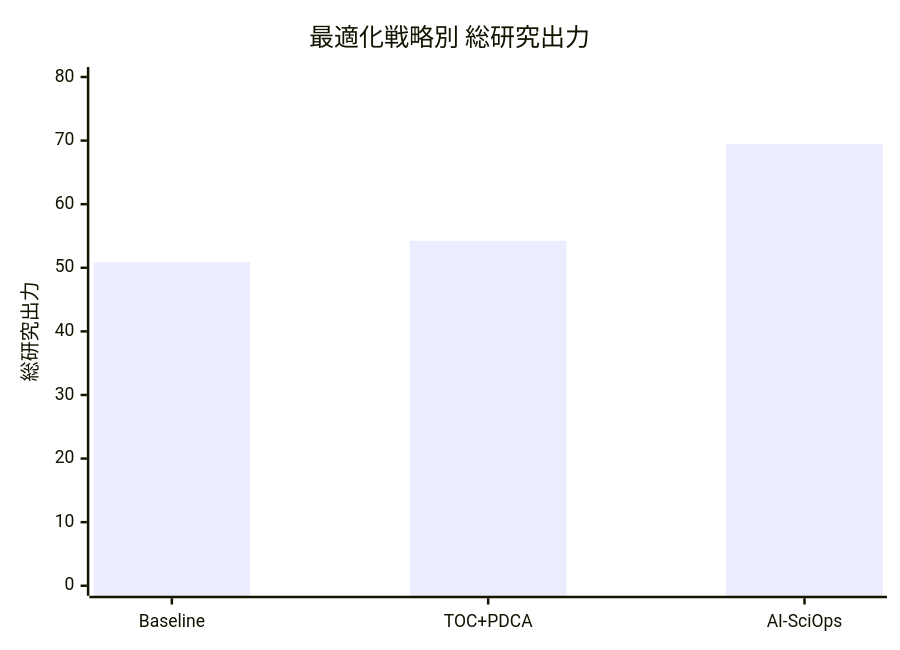
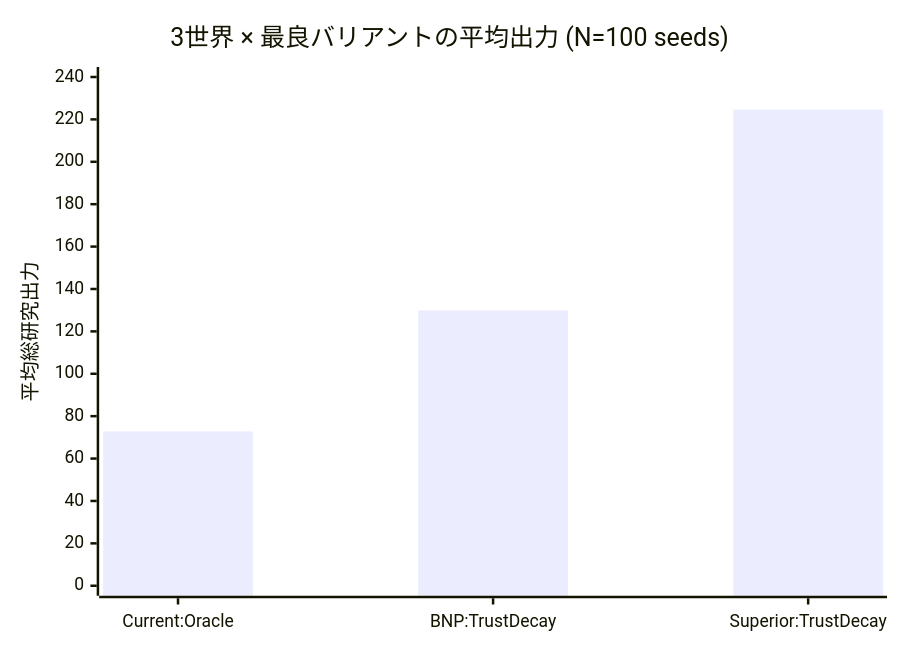
Before and after one commit to Taiyou/DeSciTokyo: the third of 4 diagrams in docs/wiki/Home.md, drawn with Mermaid. The commit also changed other lines of this file and 9 other files, not shown here.

First line of the commit message:
Enrich wiki: MC corrections, cross-references, updated architecture

````diff
--- a/docs/wiki/Home.md
+++ b/docs/wiki/Home.md
@@ -57,7 +103,7 @@
 ```mermaid
 xychart-beta
-    title "最適化戦略別 総研究出力"
-    x-axis ["Baseline", "TOC+PDCA", "AI-SciOps"]
-    y-axis "総研究出力" 0 --> 80
-    bar [50.86, 54.23, 69.48]
+    title "3世界 × 最良バリアントの平均出力 (N=100 seeds)"
+    x-axis ["Current:Oracle", "BNP:TrustDecay", "Superior:TrustDecay"]
+    y-axis "平均総研究出力" 0 --> 240
+    bar [72.8, 129.9, 224.6]
 ```
````
